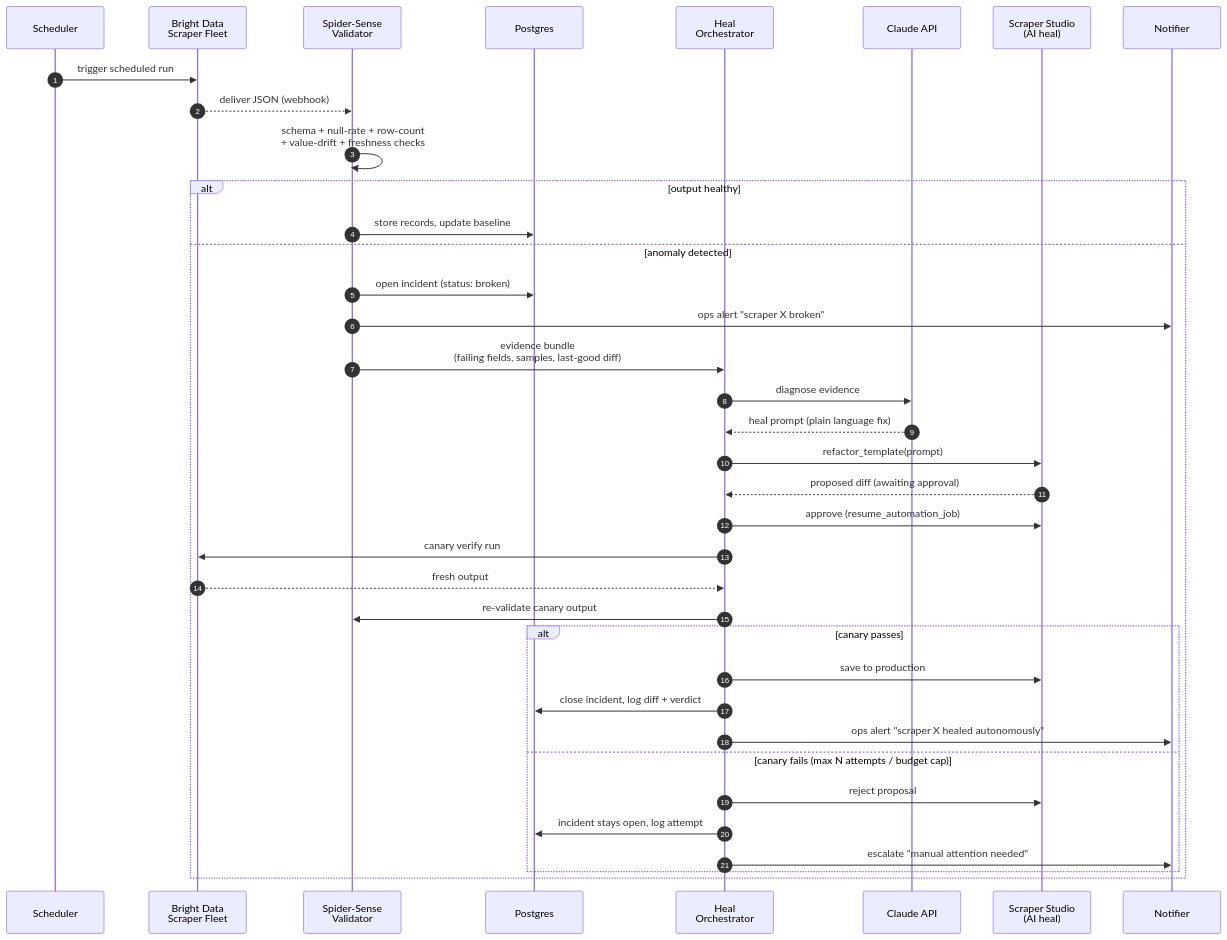
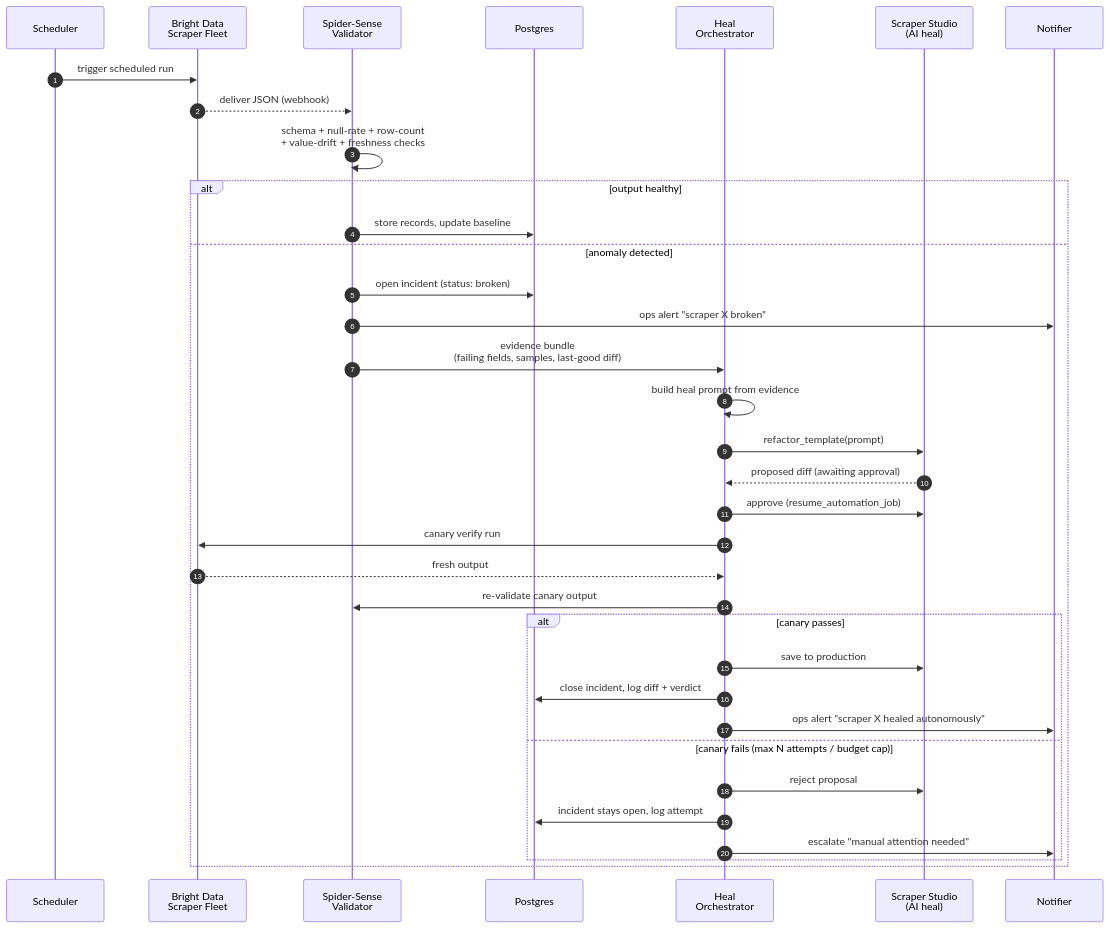
The third of 5 diagrams in docs/architecture.md (spencerjireh/basketwatch), drawn with Mermaid before and after one commit. The commit also changed other lines of this file and 26 other files, not shown here.

````diff
--- a/docs/architecture.md
+++ b/docs/architecture.md
@@ -170,40 +175,38 @@
 ```mermaid
 sequenceDiagram
     autonumber
     participant Cron as Scheduler
     participant BD as Bright Data<br/>Scraper Fleet
     participant Sense as Spider-Sense<br/>Validator
     participant DB as Postgres
     participant Heal as Heal<br/>Orchestrator
-    participant Claude as Claude API
     participant Studio as Scraper Studio<br/>(AI heal)
     participant Notif as Notifier
 
     Cron->>BD: trigger scheduled run
     BD-->>Sense: deliver JSON (webhook)
     Sense->>Sense: schema + null-rate + row-count<br/>+ value-drift + freshness checks
     alt output healthy
         Sense->>DB: store records, update baseline
     else anomaly detected
         Sense->>DB: open incident (status: broken)
         Sense->>Notif: ops alert "scraper X broken"
         Sense->>Heal: evidence bundle<br/>(failing fields, samples, last-good diff)
-        Heal->>Claude: diagnose evidence
-        Claude-->>Heal: heal prompt (plain language fix)
+        Heal->>Heal: build heal prompt from evidence
         Heal->>Studio: refactor_template(prompt)
         Studio-->>Heal: proposed diff (awaiting approval)
         Heal->>Studio: approve (resume_automation_job)
         Heal->>BD: canary verify run
         BD-->>Heal: fresh output
         Heal->>Sense: re-validate canary output
         alt canary passes
             Heal->>Studio: save to production
             Heal->>DB: close incident, log diff + verdict
             Heal->>Notif: ops alert "scraper X healed autonomously"
         else canary fails (max N attempts / budget cap)
             Heal->>Studio: reject proposal
             Heal->>DB: incident stays open, log attempt
             Heal->>Notif: escalate "manual attention needed"
         end
     end
 ```
````
